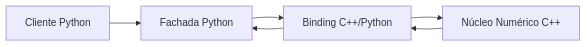
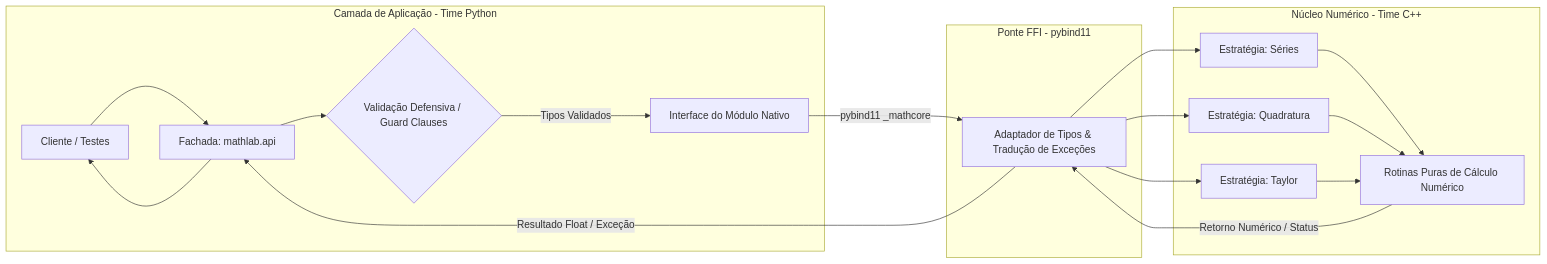
Before and after one commit to Next-Step-2026/math-calculus-project: the first of 2 diagrams in OBJECTIVE.md, drawn with Mermaid. The commit also changed other lines of this file and 1 other file, not shown here.

````diff
--- a/OBJECTIVE.md
+++ b/OBJECTIVE.md
@@ -36,8 +19,25 @@
 ```mermaid
 flowchart LR
-    A[Cliente Python] --> B[Fachada Python]
-    B --> C[Binding C++/Python]
-    C --> D[Núcleo Numérico C++]
-    D --> C
-    C --> B
+    subgraph Camada_Python [Camada de Aplicação - Time Python]
+        A[Cliente / Testes] --> B[Fachada: mathlab.api]
+        B --> C{Validação Defensiva / Guard Clauses}
+        C -->|Tipos Validados| D[Interface do Módulo Nativo]
+    end
+
+    subgraph Camada_FFI [Ponte FFI - pybind11]
+        D -->|pybind11 _mathcore| E[Adaptador de Tipos & Tradução de Exceções]
+    end
+
+    subgraph Camada_Cpp [Núcleo Numérico - Time C++]
+        E --> F[Estratégia: Séries]
+        E --> G[Estratégia: Quadratura]
+        E --> H[Estratégia: Taylor]
+        F --> I[Rotinas Puras de Cálculo Numérico]
+        G --> I
+        H --> I
+    end
+
+    I -->|Retorno Numérico / Status| E
+    E -->|Resultado Float / Exceção| B
+    B --> A
 ```
````
